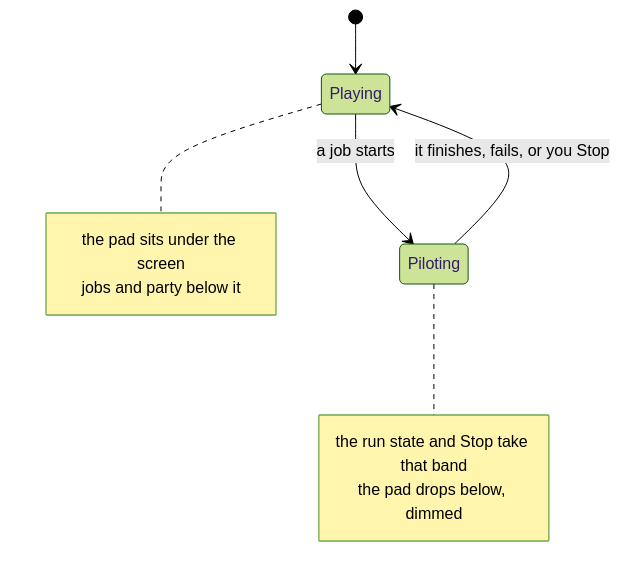
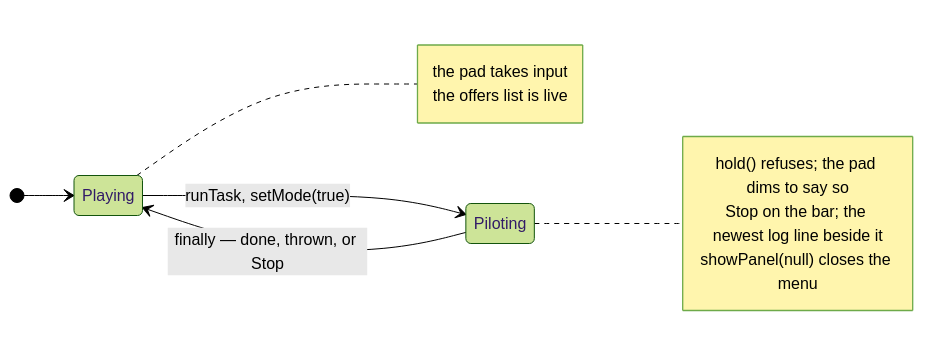
Diagram 16 of 21 in docs/CODE.md (minormending/crystal-pilot-mobile), drawn with Mermaid (forest theme) before and after one commit. The commit also changed other lines of this file, not shown here.

````diff
--- a/docs/CODE.md
+++ b/docs/CODE.md
@@ -1220,14 +1226,16 @@
 ```mermaid
 stateDiagram-v2
+    direction LR
     [*] --> Playing
-    Playing --> Piloting: a job starts
-    Piloting --> Playing: it finishes, fails, or you Stop
+    Playing --> Piloting: runTask, setMode(true)
+    Piloting --> Playing: finally — done, thrown, or Stop
     note right of Playing
-        the pad sits under the screen
-        jobs and party below it
+        the pad takes input
+        the offers list is live
     end note
     note right of Piloting
-        the run state and Stop take that band
-        the pad drops below, dimmed
+        hold() refuses; the pad dims to say so
+        Stop on the bar; the newest log line beside it
+        showPanel(null) closes the menu
     end note
 ```
````
